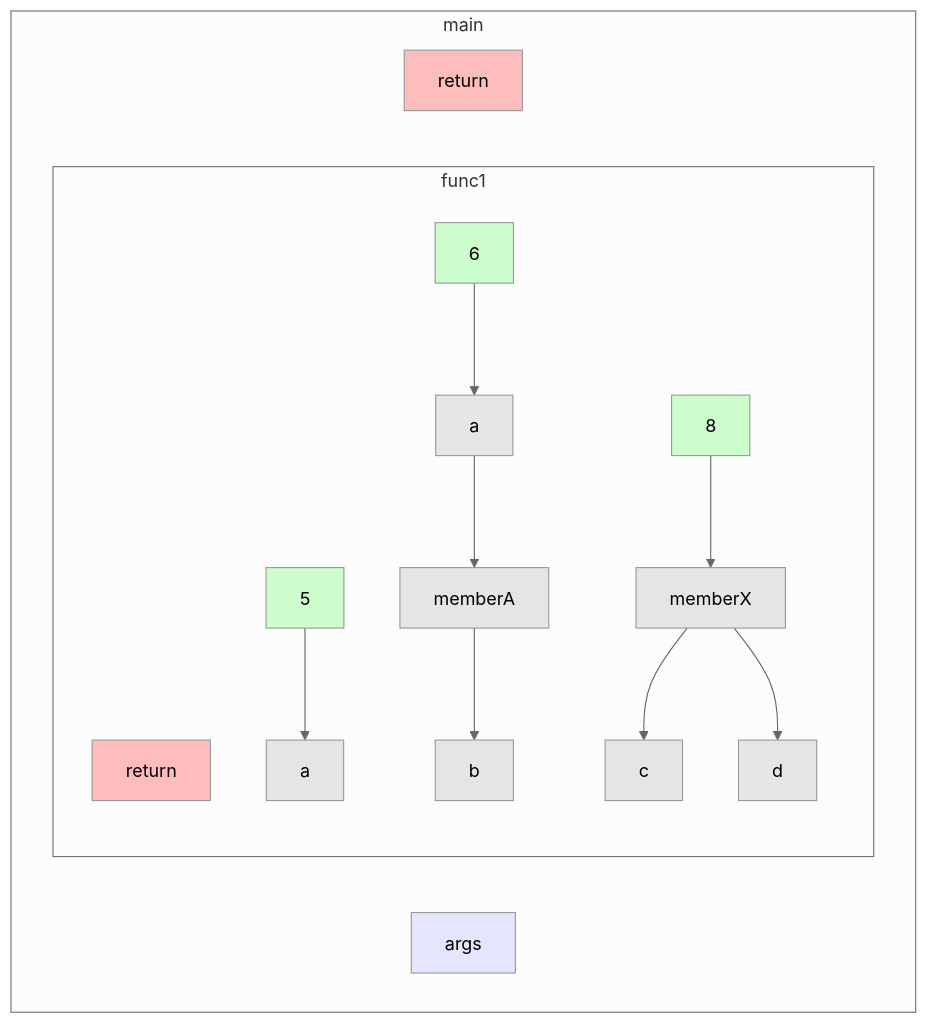
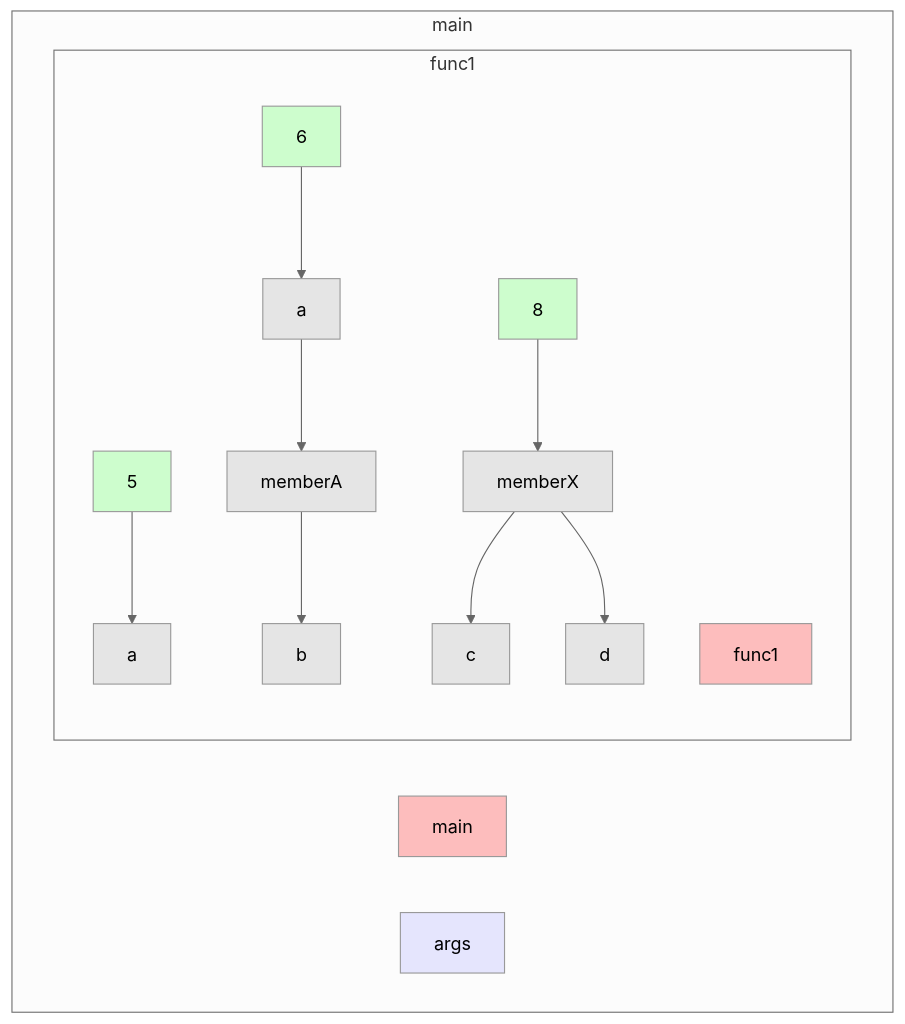
The diagram in app/src/test/resources/member/truth.md (gstiebler/codeflow), drawn with Mermaid (neutral theme) before and after one commit. The commit also changed 12 other files, not shown here.

````diff
--- a/app/src/test/resources/member/truth.md
+++ b/app/src/test/resources/member/truth.md
@@ -1,31 +1,31 @@
 ```mermaid
 flowchart TD
-  subgraph main
-    7711766679[args]:::FUNC_PARAM
-    575370[return]:::RETURN
-    subgraph func1
-      232679[return]:::RETURN
-      509392[8]:::LITERAL
-      642294[5]:::LITERAL
-      947327[6]:::LITERAL
-      8207065437[memberA]:::VARIABLE
-      8207065182[a]:::VARIABLE
-      8207065794[b]:::VARIABLE
-      8207068174[c]:::VARIABLE
-      8207069126[d]:::VARIABLE
-      8207067358[memberX]:::VARIABLE
-      509392[8]:::LITERAL --> 8207067358[memberX]:::VARIABLE
-      642294[5]:::LITERAL --> 8207064859[a]:::VARIABLE
-      947327[6]:::LITERAL --> 8207065182[a]:::VARIABLE
-      8207065437[memberA]:::VARIABLE --> 8207065794[b]:::VARIABLE
-      8207065182[a]:::VARIABLE --> 8207065437[memberA]:::VARIABLE
-      8207067358[memberX]:::VARIABLE --> 8207068174[c]:::VARIABLE
-      8207067358[memberX]:::VARIABLE --> 8207069126[d]:::VARIABLE
+  subgraph 4308940["main"]
+    56996632[main]:::RETURN
+    1296547892[args]:::FUNC_PARAM
+    subgraph 4319670["func1"]
+      495551260[5]:::LITERAL
+      495555187[a]:::VARIABLE
+      495555612[6]:::LITERAL
+      495565608[b]:::VARIABLE
+      495595528[8]:::LITERAL
+      495606085[c]:::VARIABLE
+      495622286[d]:::VARIABLE
+      1662727490[func1]:::RETURN
+      16626545736[memberA]:::VARIABLE
+      16626578784[memberX]:::VARIABLE
+      495551260[5]:::LITERAL --> 495549696[a]:::VARIABLE
+      495555187[a]:::VARIABLE --> 16626545736[memberA]:::VARIABLE
+      495555612[6]:::LITERAL --> 495555187[a]:::VARIABLE
+      495595528[8]:::LITERAL --> 16626578784[memberX]:::VARIABLE
+      16626545736[memberA]:::VARIABLE --> 495565608[b]:::VARIABLE
+      16626578784[memberX]:::VARIABLE --> 495606085[c]:::VARIABLE
+      16626578784[memberX]:::VARIABLE --> 495622286[d]:::VARIABLE
     end
   end
   classDef LITERAL fill:#00FF0030
   classDef VARIABLE fill:#80808030
   classDef BIN_OP fill:#80808080
   classDef FUNC_PARAM fill:#8080FF30
   classDef RETURN fill:#FF808080
 ```
````
